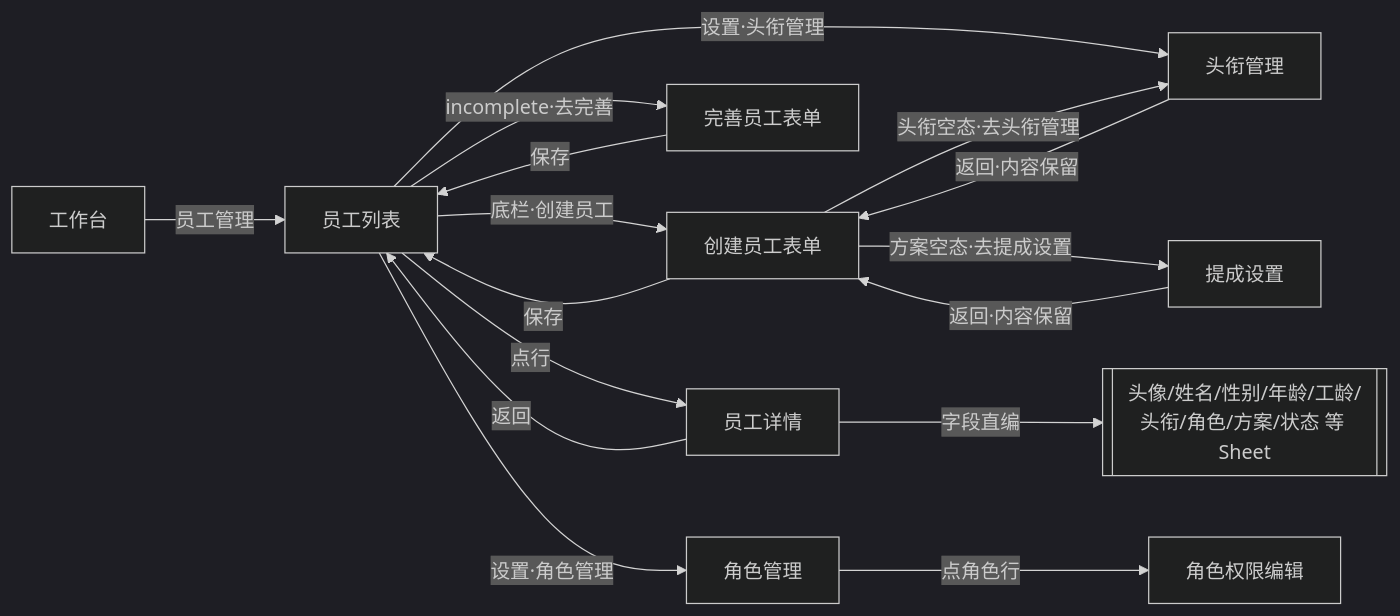
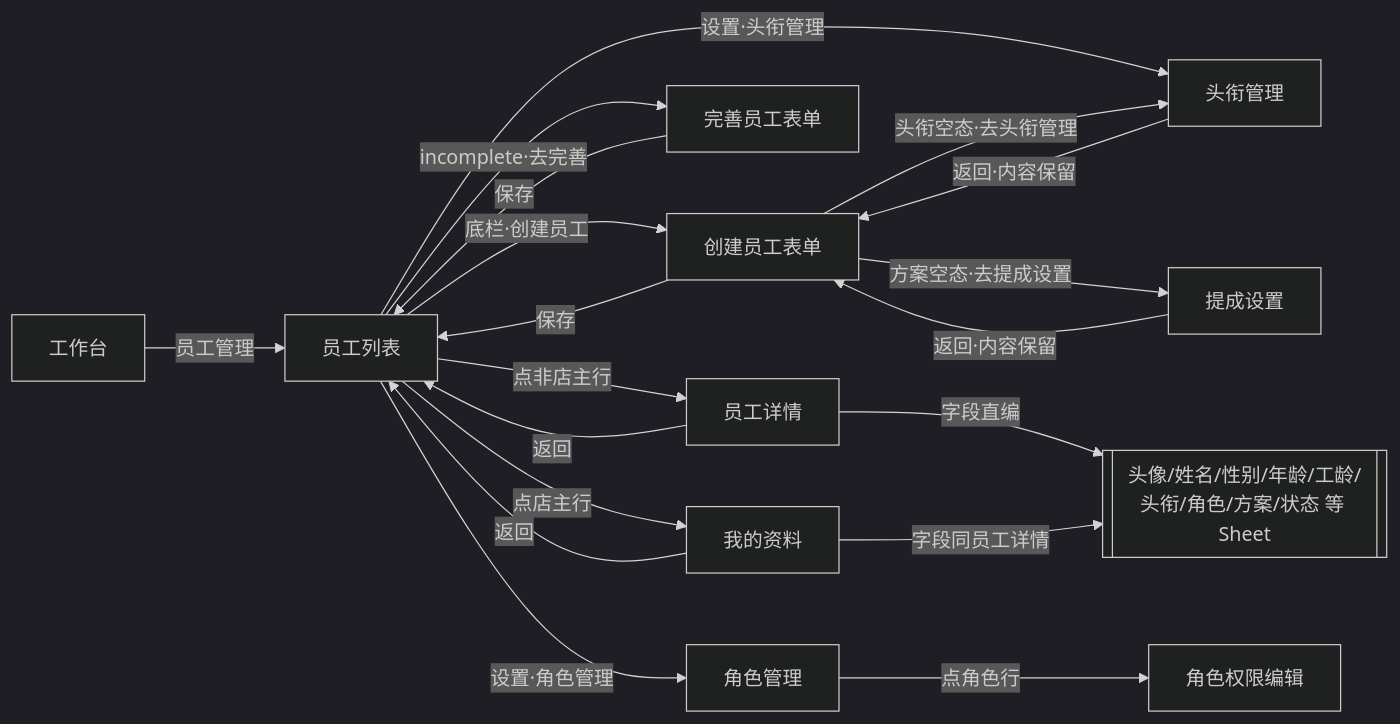
Before and after one commit to XDean-Designer/ticheng: the second of 3 diagrams in PRD-提成设置.md, drawn with Mermaid (dark theme). The commit also changed other lines of this file and 10 other files, not shown here.

````diff
--- a/PRD-提成设置.md
+++ b/PRD-提成设置.md
@@ -256,18 +257,21 @@
 ```mermaid
 flowchart LR
   W[工作台] -->|员工管理| L[员工列表]
   L -->|底栏·创建员工| C[创建员工表单]
   L -->|incomplete·去完善| RF[完善员工表单]
-  L -->|点行| D[员工详情]
+  L -->|点非店主行| D[员工详情]
+  L -->|点店主行| MP[我的资料]
   L -->|设置·头衔管理| R[头衔管理]
   L -->|设置·角色管理| P[角色管理]
   P -->|点角色行| PE[角色权限编辑]
   C -->|头衔空态·去头衔管理| R
   C -->|方案空态·去提成设置| C2[提成设置]
   R -->|返回·内容保留| C
   C2 -->|返回·内容保留| C
   C -->|保存| L
   RF -->|保存| L
   D -->|字段直编| DS[[头像/姓名/性别/年龄/工龄/头衔/角色/方案/状态 等 Sheet]]
   D -->|返回| L
+  MP -->|字段同员工详情| DS
+  MP -->|返回| L
 ```
````
